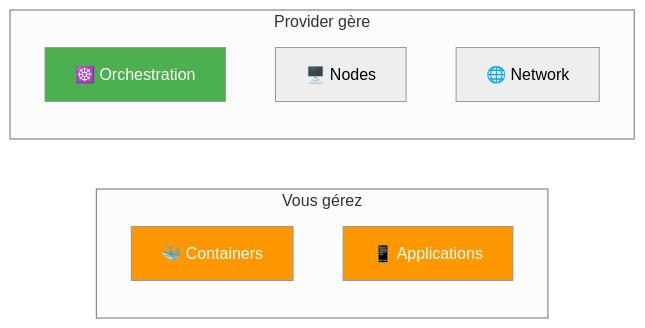
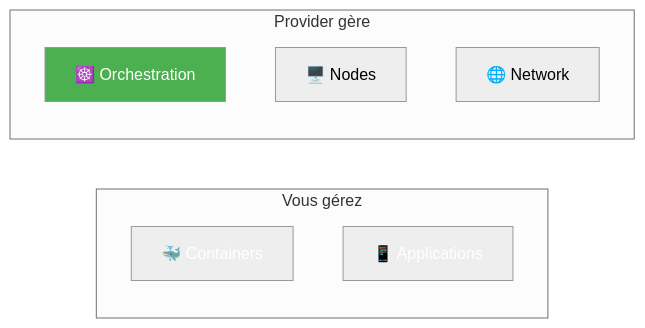
The seventh of 10 diagrams in docs/formations/cloud-fundamentals/02-module.md (VBlackJack/ShellBook), drawn with Mermaid (neutral theme) before and after one commit. The commit also changed other lines of this file and 337 other files, not shown here.

First line of the commit message:
refactor(docs): Standardize code blocks and Mermaid colors

````diff
--- a/docs/formations/cloud-fundamentals/02-module.md
+++ b/docs/formations/cloud-fundamentals/02-module.md
@@ -333,17 +333,17 @@
 ```mermaid
 graph LR
     subgraph "Vous gérez"
         CONTAINER["🐳 Containers"]
         APP["📱 Applications"]
     end
 
     subgraph "Provider gère"
         ORCH["☸️ Orchestration"]
         NODES["🖥️ Nodes"]
         NETWORK["🌐 Network"]
     end
 
-    style CONTAINER fill:#ff9800,color:#fff
-    style APP fill:#ff9800,color:#fff
+    style CONTAINER fill:#FF9800800800,color:#fff
+    style APP fill:#FF9800800800,color:#fff
     style ORCH fill:#4caf50,color:#fff
 ```
````
